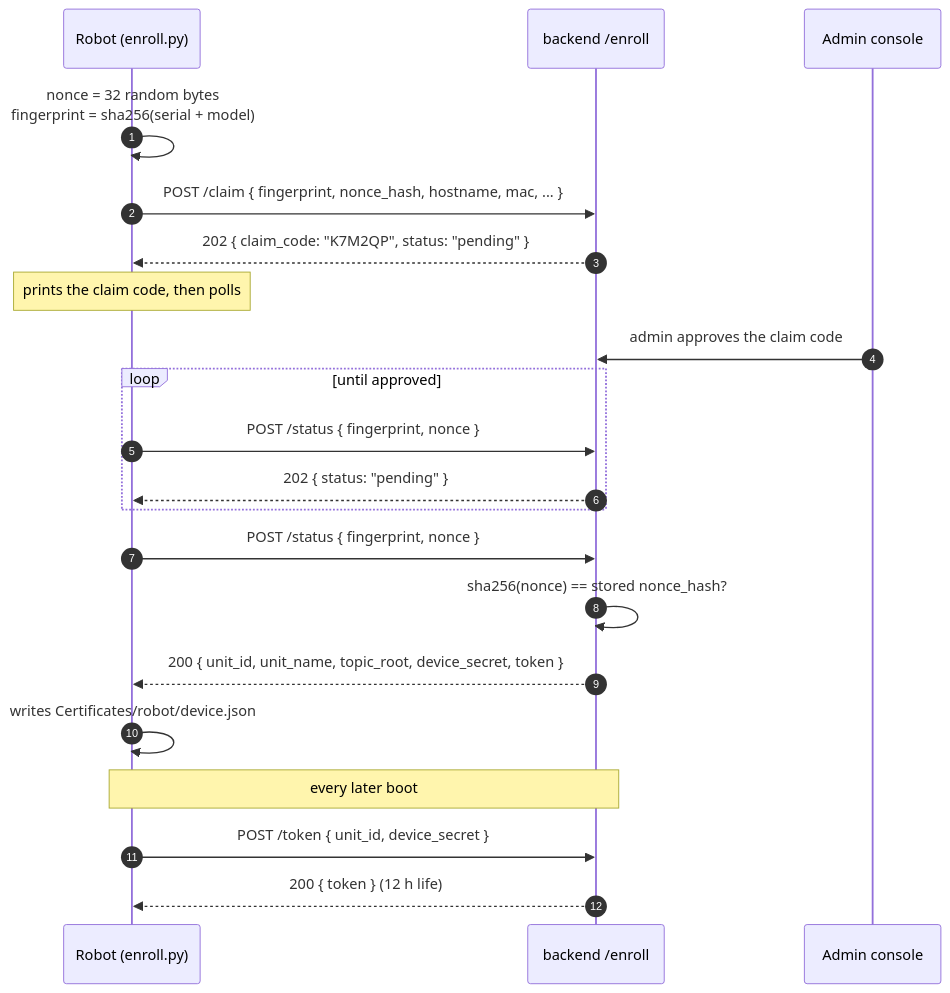
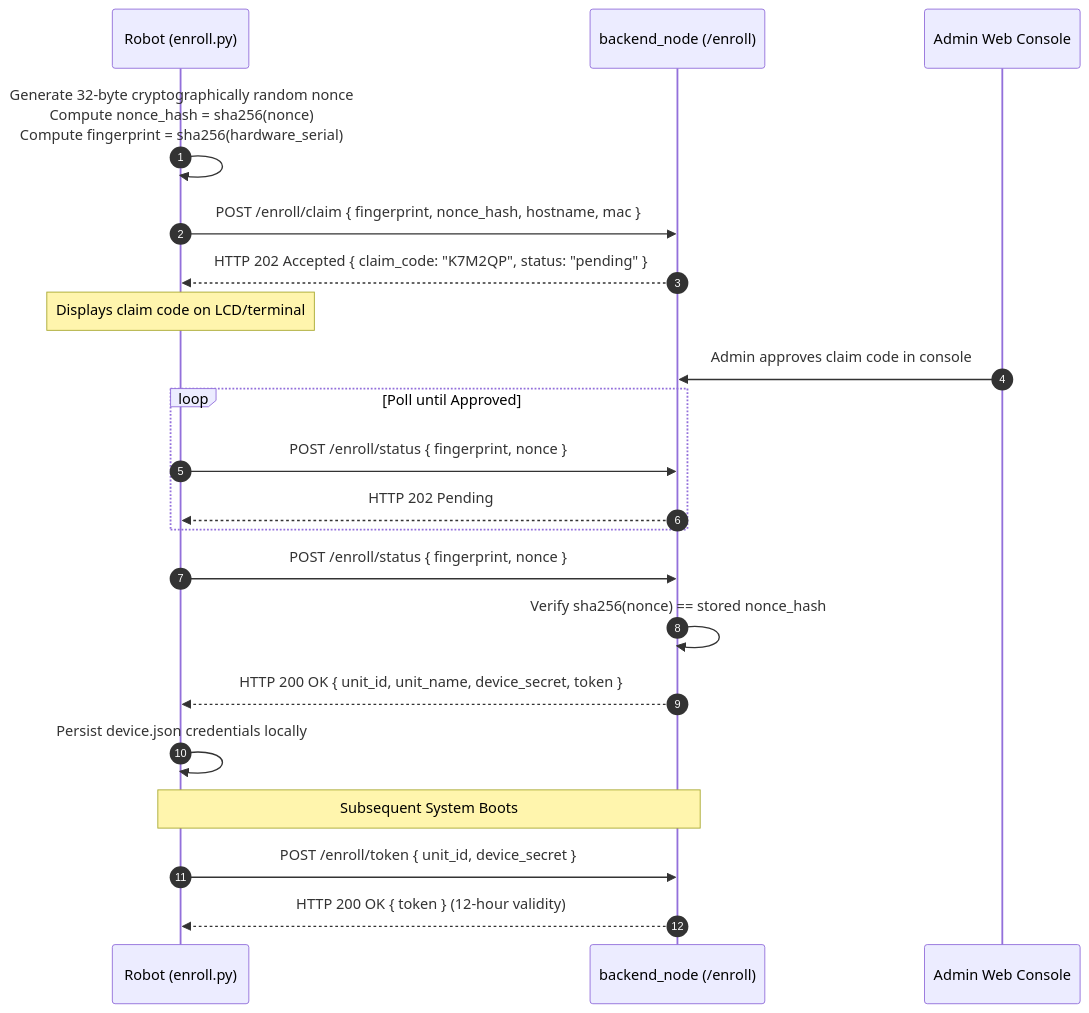
Before and after one commit to itbdelaboprogramming/msd700_documentation: the fifth of 5 diagrams in docs/development/message-contracts.md, drawn with Mermaid. The commit also changed other lines of this file and 16 other files, not shown here.

Commit message:
docs: overhaul documentation structure and clarify fleet addressing and command schemas

````diff
--- a/docs/development/message-contracts.md
+++ b/docs/development/message-contracts.md
@@ -643,24 +424,25 @@
 ```mermaid
 sequenceDiagram
   autonumber
-  participant R as Robot (enroll.py)
-  participant S as backend /enroll
-  participant A as Admin console
+  participant Robot as Robot (enroll.py)
+  participant Backend as backend_node (/enroll)
+  participant Admin as Admin Web Console
 
-  R->>R: nonce = 32 random bytes<br/>fingerprint = sha256(serial + model)
-  R->>S: POST /claim { fingerprint, nonce_hash, hostname, mac, ... }
-  S-->>R: 202 { claim_code: "K7M2QP", status: "pending" }
-  Note over R: prints the claim code, then polls
-  A->>S: admin approves the claim code
-  loop until approved
-    R->>S: POST /status { fingerprint, nonce }
-    S-->>R: 202 { status: "pending" }
+  Robot->>Robot: Generate 32-byte cryptographically random nonce<br/>Compute nonce_hash = sha256(nonce)<br/>Compute fingerprint = sha256(hardware_serial)
+  Robot->>Backend: POST /enroll/claim { fingerprint, nonce_hash, hostname, mac }
+  Backend-->>Robot: HTTP 202 Accepted { claim_code: "K7M2QP", status: "pending" }
+  Note over Robot: Displays claim code on LCD/terminal
+  Admin->>Backend: Admin approves claim code in console
+  loop Poll until Approved
+    Robot->>Backend: POST /enroll/status { fingerprint, nonce }
+    Backend-->>Robot: HTTP 202 Pending
   end
-  R->>S: POST /status { fingerprint, nonce }
-  S->>S: sha256(nonce) == stored nonce_hash?
-  S-->>R: 200 { unit_id, unit_name, topic_root, device_secret, token }
-  R->>R: writes Certificates/robot/device.json
-  Note over R,S: every later boot
-  R->>S: POST /token { unit_id, device_secret }
-  S-->>R: 200 { token }  (12 h life)
+  Robot->>Backend: POST /enroll/status { fingerprint, nonce }
+  Backend->>Backend: Verify sha256(nonce) == stored nonce_hash
+  Backend-->>Robot: HTTP 200 OK { unit_id, unit_name, device_secret, token }
+  Robot->>Robot: Persist device.json credentials locally
+
+  Note over Robot,Backend: Subsequent System Boots
+  Robot->>Backend: POST /enroll/token { unit_id, device_secret }
+  Backend-->>Robot: HTTP 200 OK { token } (12-hour validity)
 ```
````
